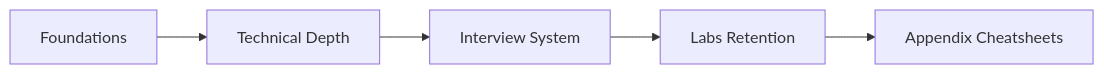
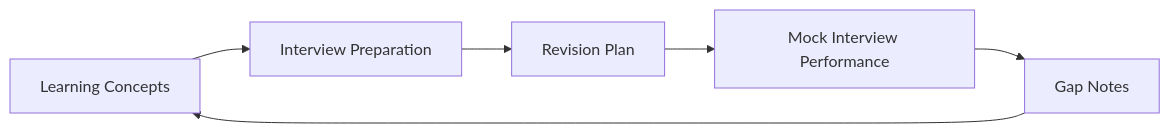
The diagram in docs/index.md (nitinkc/AI-Engineering-Learning), drawn with Mermaid before and after one commit. The commit also changed other lines of this file and 138 other files, not shown here.

````diff
--- a/docs/index.md
+++ b/docs/index.md
@@ -17,7 +17,8 @@
 ```mermaid
 flowchart LR
-    A[Foundations] --> B[Technical Depth]
-    B --> C[Interview System]
-    C --> D[Labs Retention]
-    D --> E[Appendix Cheatsheets]
+  A[Learning Concepts] --> B[Interview Preparation]
+  B --> C[Revision Plan]
+  C --> D[Mock Interview Performance]
+  D --> E[Gap Notes]
+  E --> A
 ```
````
